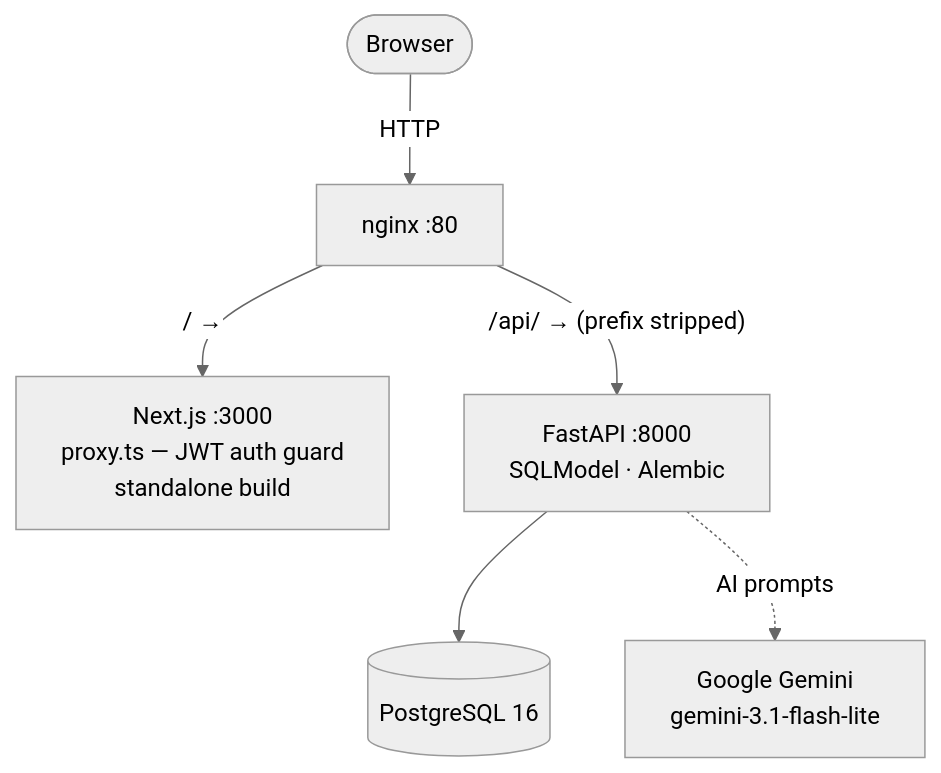
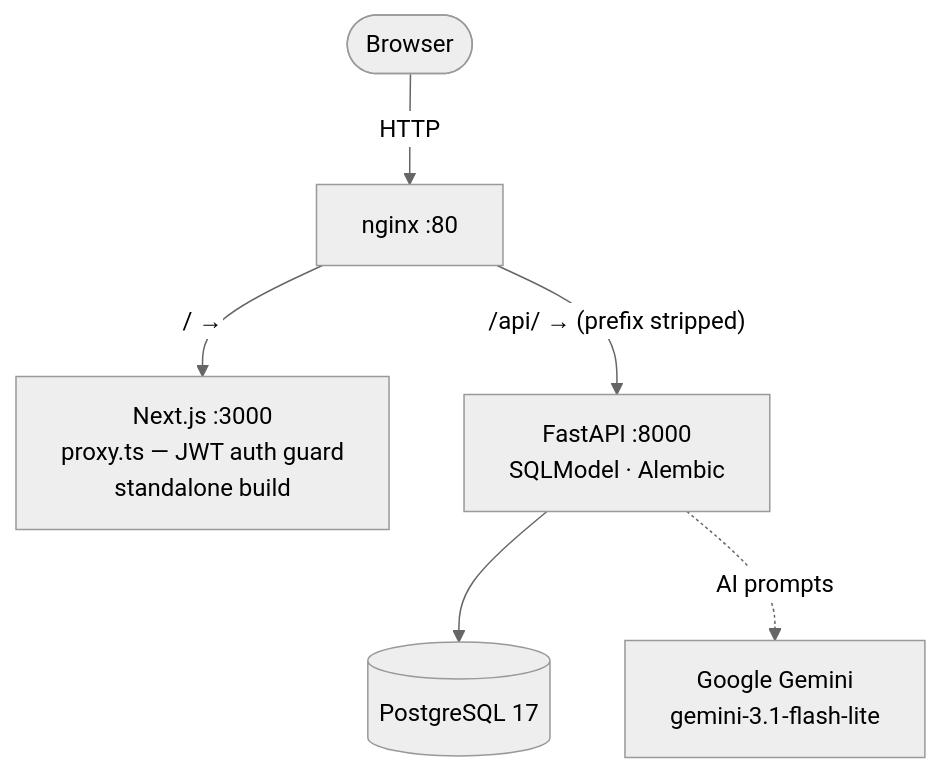
Before and after one commit to Luke035/tannino-incazzato: the first of 4 diagrams in README.md, drawn with Mermaid (neutral theme). The commit also changed other lines of this file and 9 other files, not shown here.

````diff
--- a/README.md
+++ b/README.md
@@ -11,15 +11,15 @@
 ```mermaid
 graph TD
     Browser(["Browser"])
     nginx["nginx :80"]
     frontend["Next.js :3000\nproxy.ts — JWT auth guard\nstandalone build"]
     backend["FastAPI :8000\nSQLModel · Alembic"]
-    db[("PostgreSQL 16")]
+    db[("PostgreSQL 17")]
     gemini["Google Gemini\ngemini-3.1-flash-lite"]
 
     Browser -->|HTTP| nginx
     nginx -->|"/ → "| frontend
     nginx -->|"/api/ → (prefix stripped)"| backend
     backend --> db
     backend -.->|AI prompts| gemini
 ```
````
